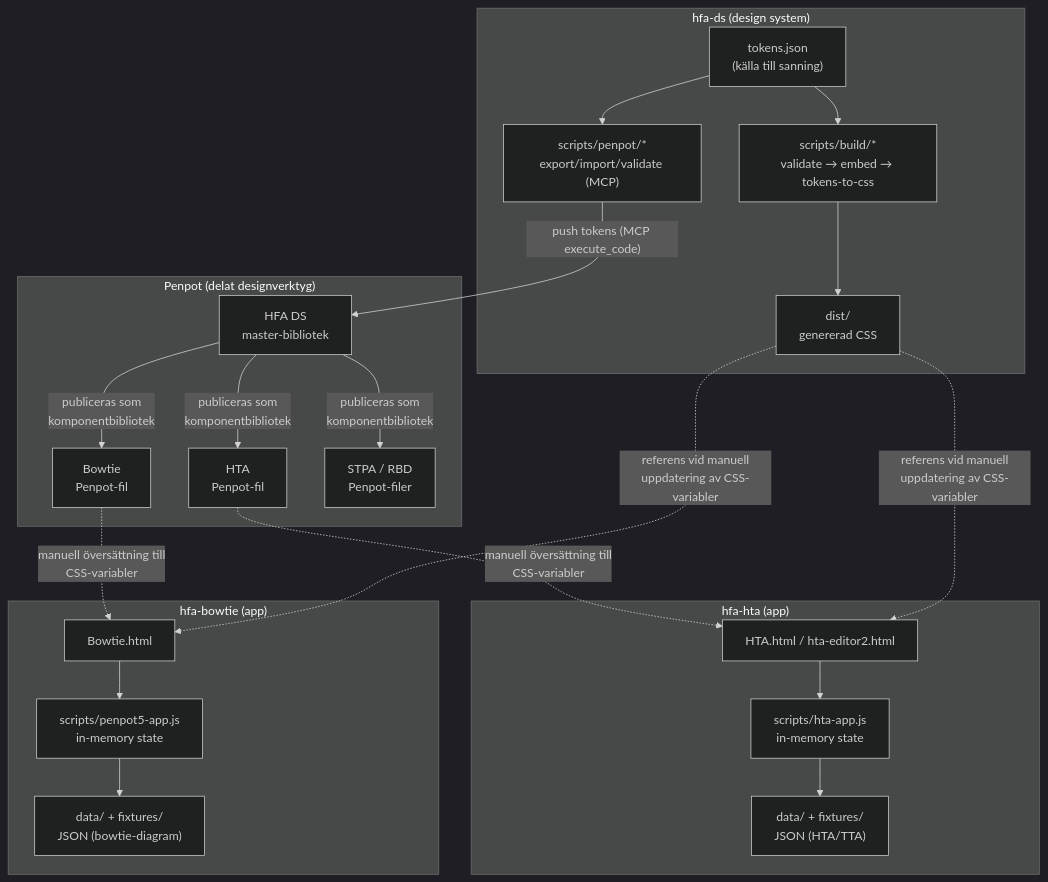
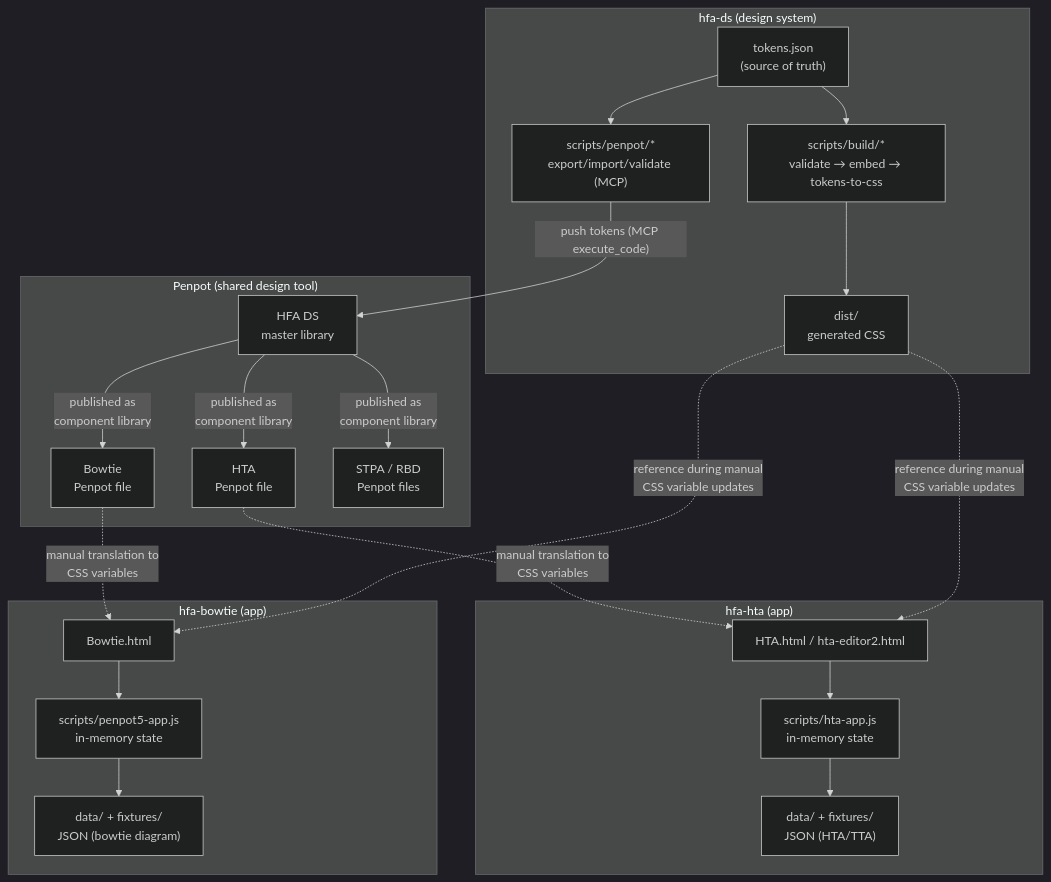
The first of 2 diagrams in ARCHITECTURE.md (larswpettersson/hfa-ds), drawn with Mermaid (dark theme) before and after one commit. The commit also changed other lines of this file and 1 other file, not shown here.

First line of the commit message:
Translate ARCHITECTURE.md to English and preserve Swedish version as arkitektur.md

````diff
--- a/ARCHITECTURE.md
+++ b/ARCHITECTURE.md
@@ -21,43 +21,43 @@
 ```mermaid
 flowchart TB
     subgraph DS["hfa-ds (design system)"]
-        tokens["tokens.json<br/>(källa till sanning)"]
+        tokens["tokens.json<br/>(source of truth)"]
         buildScripts["scripts/build/*<br/>validate → embed → tokens-to-css"]
         penpotScripts["scripts/penpot/*<br/>export/import/validate (MCP)"]
-        dist["dist/<br/>genererad CSS"]
+        dist["dist/<br/>generated CSS"]
         tokens --> buildScripts --> dist
         tokens --> penpotScripts
     end
 
-    subgraph Penpot["Penpot (delat designverktyg)"]
-        masterLib["HFA DS<br/>master-bibliotek"]
-        bowtieFile["Bowtie<br/>Penpot-fil"]
-        htaFile["HTA<br/>Penpot-fil"]
-        otherFiles["STPA / RBD<br/>Penpot-filer"]
+    subgraph Penpot["Penpot (shared design tool)"]
+        masterLib["HFA DS<br/>master library"]
+        bowtieFile["Bowtie<br/>Penpot file"]
+        htaFile["HTA<br/>Penpot file"]
+        otherFiles["STPA / RBD<br/>Penpot files"]
     end
 
     subgraph HTA["hfa-hta (app)"]
         htaHtml["HTA.html / hta-editor2.html"]
         htaApp["scripts/hta-app.js<br/>in-memory state"]
         htaData["data/ + fixtures/<br/>JSON (HTA/TTA)"]
         htaHtml --> htaApp --> htaData
     end
 
     subgraph Bowtie["hfa-bowtie (app)"]
         bowtieHtml["Bowtie.html"]
         bowtieApp["scripts/penpot5-app.js<br/>in-memory state"]
-        bowtieData["data/ + fixtures/<br/>JSON (bowtie-diagram)"]
+        bowtieData["data/ + fixtures/<br/>JSON (bowtie diagram)"]
         bowtieHtml --> bowtieApp --> bowtieData
     end
 
     penpotScripts -- "push tokens (MCP execute_code)" --> masterLib
-    masterLib -- "publiceras som<br/>komponentbibliotek" --> bowtieFile
-    masterLib -- "publiceras som<br/>komponentbibliotek" --> htaFile
-    masterLib -- "publiceras som<br/>komponentbibliotek" --> otherFiles
+    masterLib -- "published as<br/>component library" --> bowtieFile
+    masterLib -- "published as<br/>component library" --> htaFile
+    masterLib -- "published as<br/>component library" --> otherFiles
 
-    bowtieFile -. "manuell översättning till<br/>CSS-variabler" .-> bowtieHtml
-    htaFile -. "manuell översättning till<br/>CSS-variabler" .-> htaHtml
+    bowtieFile -. "manual translation to<br/>CSS variables" .-> bowtieHtml
+    htaFile -. "manual translation to<br/>CSS variables" .-> htaHtml
 
-    dist -. "referens vid manuell<br/>uppdatering av CSS-variabler" .-> bowtieHtml
-    dist -. "referens vid manuell<br/>uppdatering av CSS-variabler" .-> htaHtml
+    dist -. "reference during manual<br/>CSS variable updates" .-> bowtieHtml
+    dist -. "reference during manual<br/>CSS variable updates" .-> htaHtml
 ```
````
